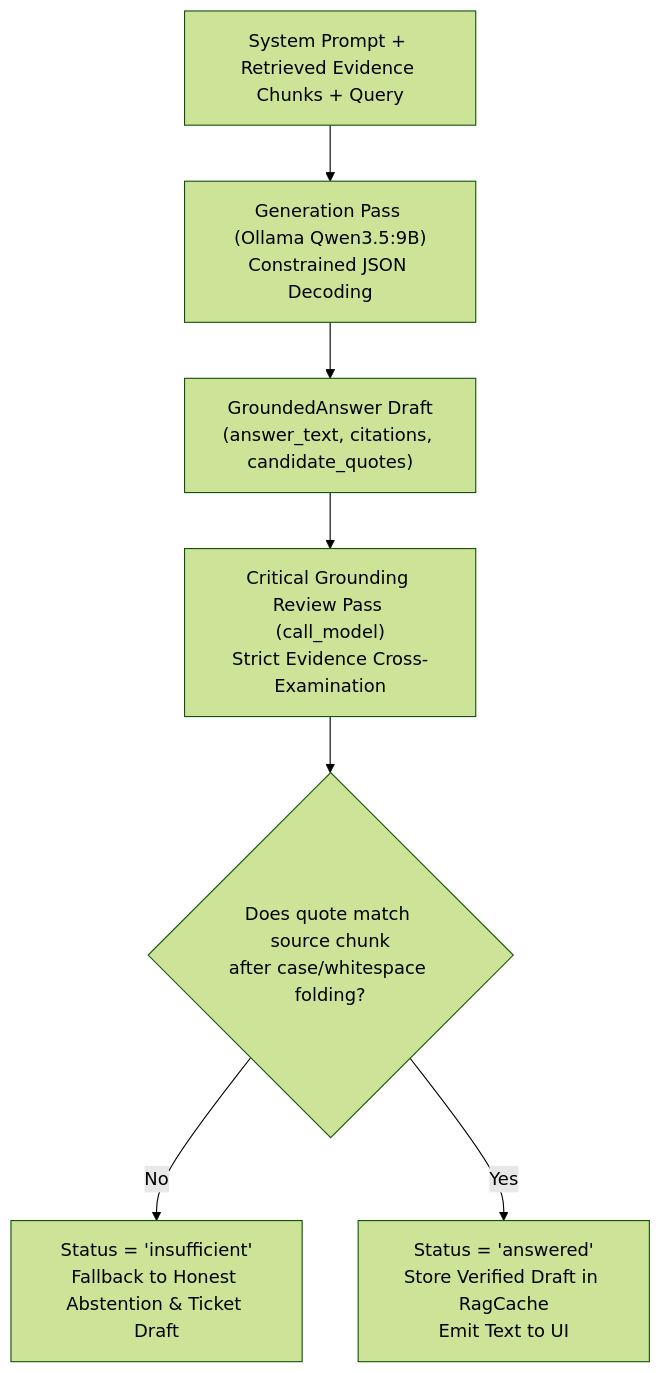
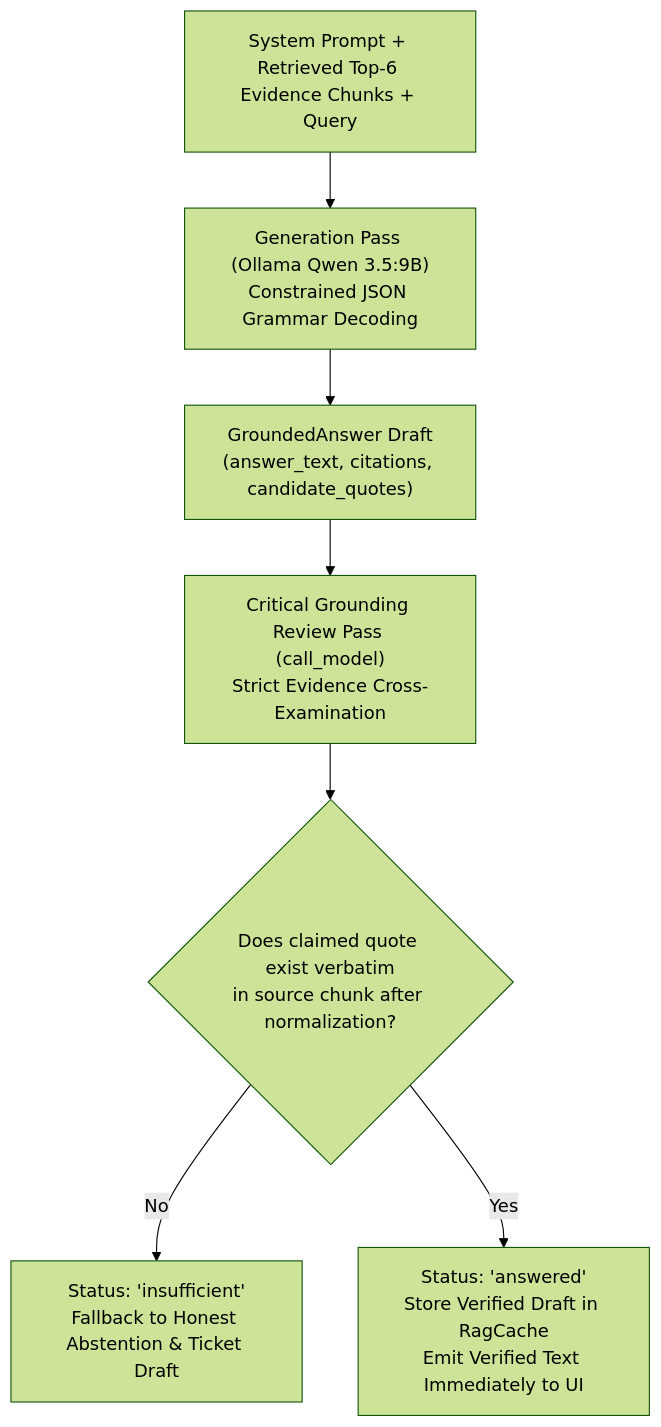
The fourth of 4 diagrams in idea/presentation/minor/02_SYSTEM_ARCHITECTURE_AND_IMPLEMENTATION.md (Punyansh26/minorprojectsem5), drawn with Mermaid (forest theme) before and after one commit. The commit also changed other lines of this file and 18 other files, not shown here.

````diff
--- a/idea/presentation/minor/02_SYSTEM_ARCHITECTURE_AND_IMPLEMENTATION.md
+++ b/idea/presentation/minor/02_SYSTEM_ARCHITECTURE_AND_IMPLEMENTATION.md
@@ -283,9 +395,9 @@
 ```mermaid
 flowchart TD
-    Prompt["System Prompt + Retrieved Evidence Chunks + Query"] --> Gen["Generation Pass (Ollama Qwen3.5:9B)\nConstrained JSON Decoding"]
+    Prompt["System Prompt + Retrieved Top-6 Evidence Chunks + Query"] --> Gen["Generation Pass (Ollama Qwen 3.5:9B)\nConstrained JSON Grammar Decoding"]
     Gen --> Draft["GroundedAnswer Draft\n(answer_text, citations, candidate_quotes)"]
     Draft --> Review["Critical Grounding Review Pass (call_model)\nStrict Evidence Cross-Examination"]
-    Review --> Condition{"Does quote match source chunk\nafter case/whitespace folding?"}
-    Condition -- No --> Reject["Status = 'insufficient'\nFallback to Honest Abstention & Ticket Draft"]
-    Condition -- Yes --> Accept["Status = 'answered'\nStore Verified Draft in RagCache\nEmit Text to UI"]
+    Review --> Condition{"Does claimed quote exist verbatim\nin source chunk after normalization?"}
+    Condition -- No --> Reject["Status: 'insufficient'\nFallback to Honest Abstention & Ticket Draft"]
+    Condition -- Yes --> Accept["Status: 'answered'\nStore Verified Draft in RagCache\nEmit Verified Text Immediately to UI"]
 ```
````
